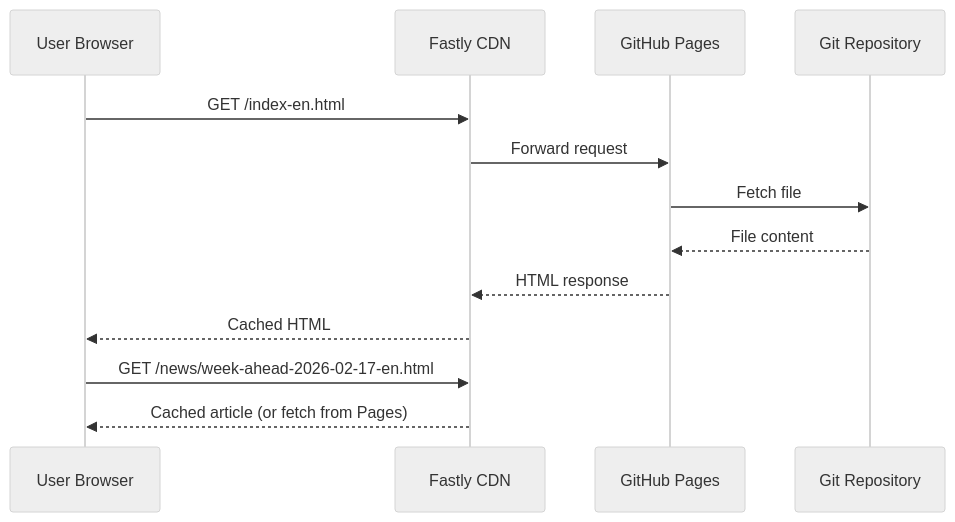
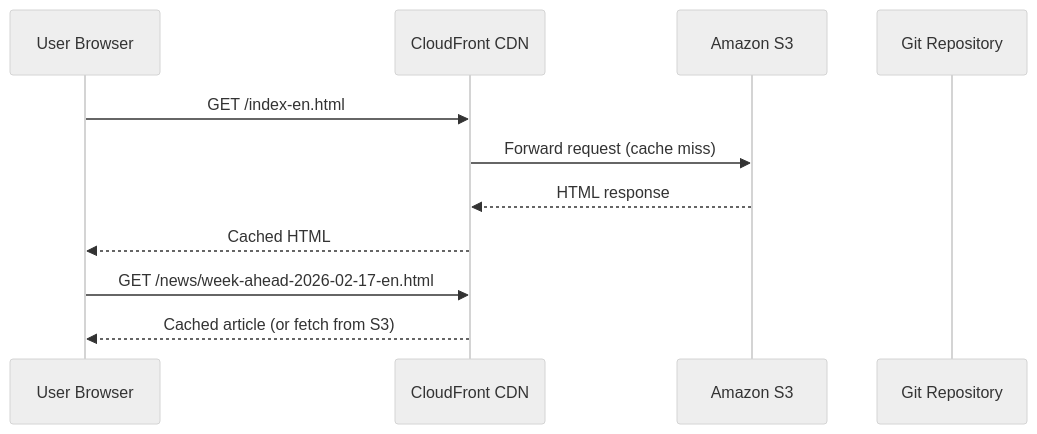
Before and after one commit to Hack23/euparliamentmonitor: the ninth of 12 diagrams in ARCHITECTURE.md, drawn with Mermaid (neutral theme). The commit also changed other lines of this file, not shown here.

Commit message:
docs: fix deployment references and current-state accuracy in ARCHITECTURE.md

````diff
--- a/ARCHITECTURE.md
+++ b/ARCHITECTURE.md
@@ -679,17 +664,15 @@
 ```mermaid
 sequenceDiagram
     participant User as User Browser
-    participant CDN as Fastly CDN
-    participant Pages as GitHub Pages
+    participant CDN as CloudFront CDN
+    participant S3 as Amazon S3
     participant Repo as Git Repository
 
     User->>CDN: GET /index-en.html
-    CDN->>Pages: Forward request
-    Pages->>Repo: Fetch file
-    Repo-->>Pages: File content
-    Pages-->>CDN: HTML response
+    CDN->>S3: Forward request (cache miss)
+    S3-->>CDN: HTML response
     CDN-->>User: Cached HTML
 
     User->>CDN: GET /news/week-ahead-2026-02-17-en.html
-    CDN-->>User: Cached article (or fetch from Pages)
+    CDN-->>User: Cached article (or fetch from S3)
 ```
````
